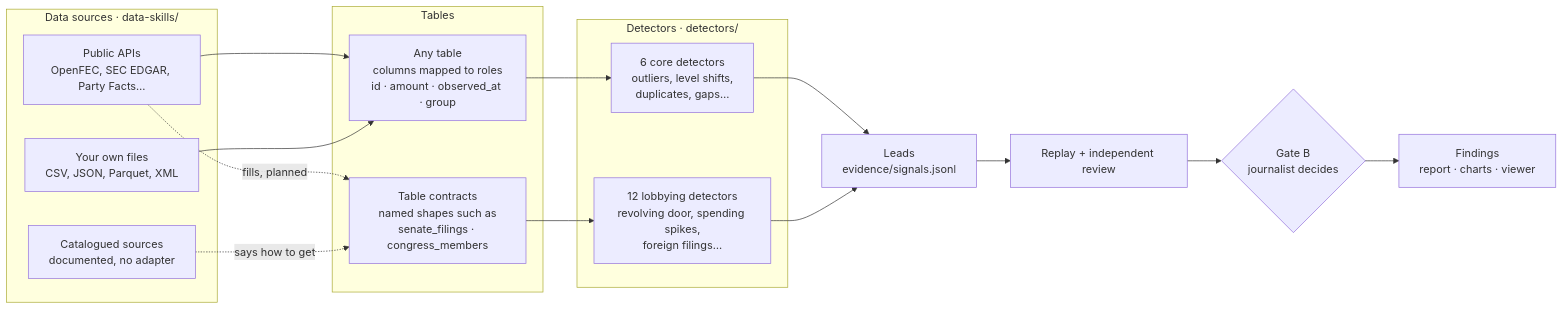
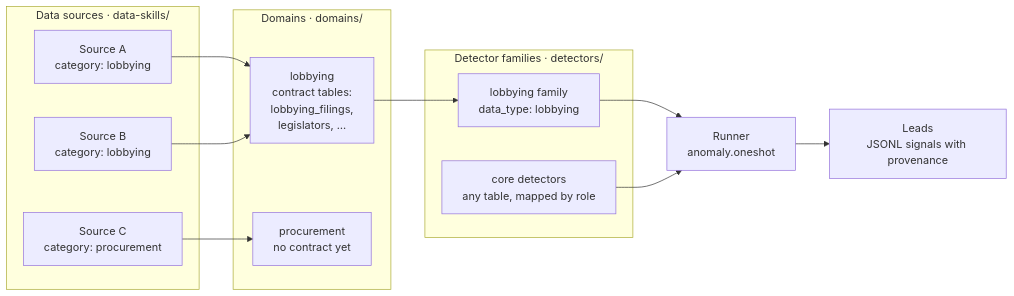
The diagram in README.md (buriedsignals/Anomaly), drawn with Mermaid before and after one commit. The commit also changed other lines of this file and 87 other files, not shown here.

First line of the commit message:
Context lookup, domain contracts and multi-table runner (#8)

````diff
--- a/README.md
+++ b/README.md
@@ -34,25 +34,23 @@
 ```mermaid
 flowchart LR
     subgraph S["Data sources · data-skills/"]
-        S1["Public APIs<br/>OpenFEC, SEC EDGAR, Party Facts…"]
-        S2["Catalogued sources<br/>documented, no adapter"]
-        S3["Your own files<br/>CSV, JSON, Parquet, XML"]
+        S1["Source A<br/>category: lobbying"]
+        S2["Source B<br/>category: lobbying"]
+        S3["Source C<br/>category: procurement"]
     end
-    subgraph T["Tables"]
-        T1["Any table<br/>columns mapped to roles<br/>id · amount · observed_at · group"]
-        T2["Table contracts<br/>named shapes such as<br/>senate_filings · congress_members"]
+    subgraph D["Domains · domains/"]
+        D1["lobbying<br/>contract tables:<br/>lobbying_filings,<br/>legislators, …"]
+        D2["procurement<br/>no contract yet"]
     end
-    subgraph D["Detectors · detectors/"]
-        D1["6 core detectors<br/>outliers, level shifts,<br/>duplicates, gaps…"]
-        D2["12 lobbying detectors<br/>revolving door, spending spikes,<br/>foreign filings…"]
+    subgraph F["Detector families · detectors/"]
+        F1["lobbying family<br/>data_type: lobbying"]
+        F0["core detectors<br/>any table, mapped by role"]
     end
-    S1 --> T1
-    S3 --> T1
-    S1 -.->|fills, planned| T2
-    S2 -.->|says how to get| T2
-    T1 --> D1
-    T2 --> D2
-    D1 --> L["Leads<br/>evidence/signals.jsonl"]
-    D2 --> L
-    L --> R["Replay + independent review"] --> G{"Gate B<br/>journalist decides"} --> F["Findings<br/>report · charts · viewer"]
+    S1 --> D1
+    S2 --> D1
+    S3 --> D2
+    D1 --> F1
+    F1 --> R["Runner<br/>anomaly.oneshot"]
+    F0 --> R
+    R --> L["Leads<br/>JSONL signals with provenance"]
 ```
````
